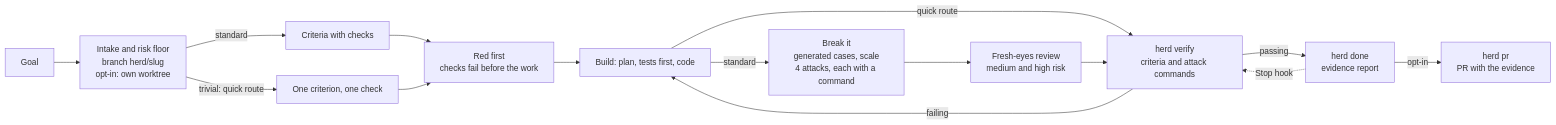
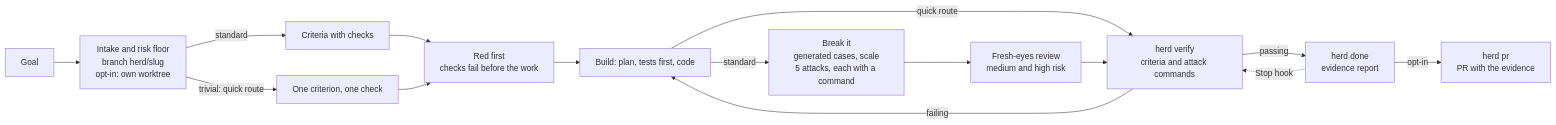
One commit to Beovulfo/herd-sdlc changed the first of 2 diagrams in README.md. Above: the diagram before and after it, drawn with Mermaid. The commit also changed other lines of this file and 10 other files, not shown here.

````diff
--- a/README.md
+++ b/README.md
@@ -95,17 +95,17 @@
 ```mermaid
 flowchart LR
     A[Goal] --> B[Intake and risk floor<br/>branch herd/slug<br/>opt-in: own worktree]
     B -->|standard| C[Criteria with checks]
     B -->|trivial: quick route| Q[One criterion, one check]
     C --> R[Red first<br/>checks fail before the work]
     Q --> R
     R --> D[Build: plan, tests first, code]
-    D -->|standard| X[Break it<br/>generated cases, scale<br/>4 attacks, each with a command]
+    D -->|standard| X[Break it<br/>generated cases, scale<br/>5 attacks, each with a command]
     D -->|quick route| F
     X --> E[Fresh-eyes review<br/>medium and high risk]
     E --> F[herd verify<br/>criteria and attack commands]
     F -->|failing| D
     F -->|passing| G[herd done<br/>evidence report]
     G -.->|Stop hook| F
     G -->|opt-in| P[herd pr<br/>PR with the evidence]
 ```
````
